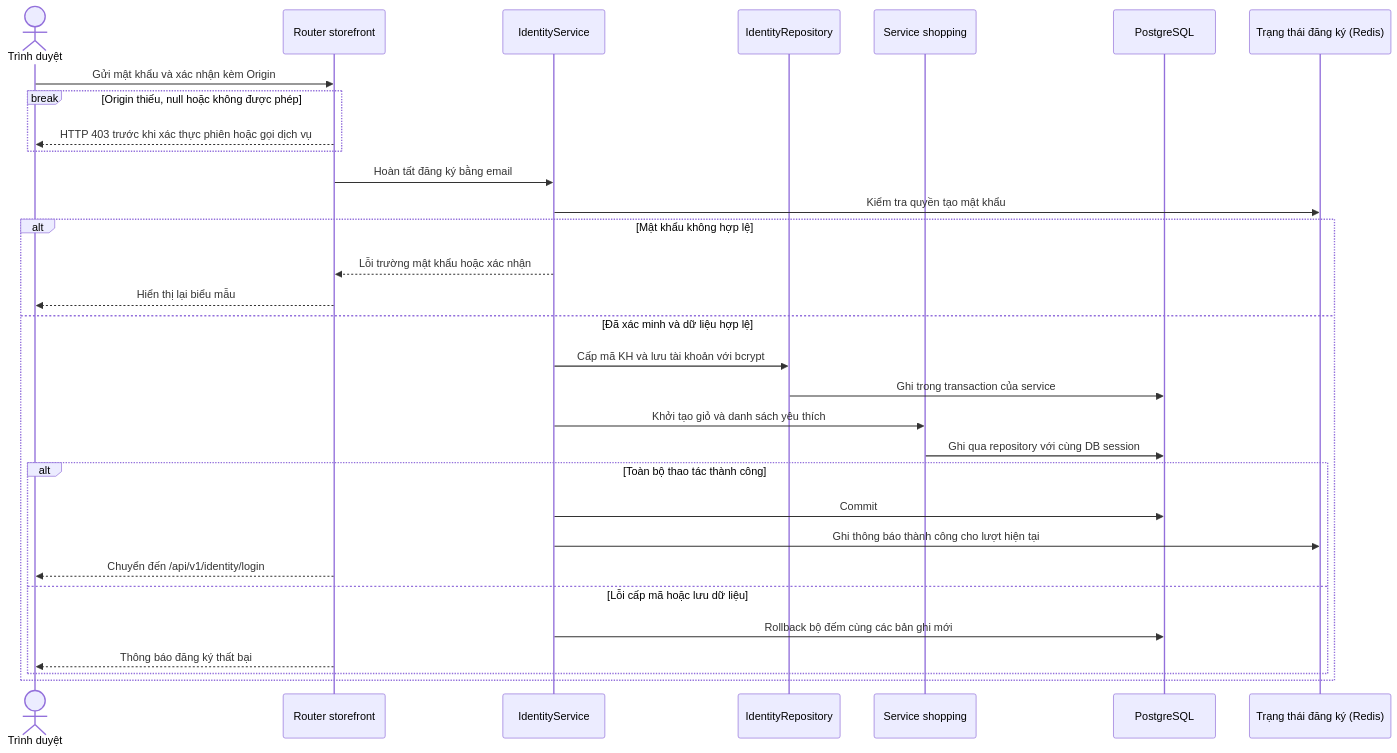
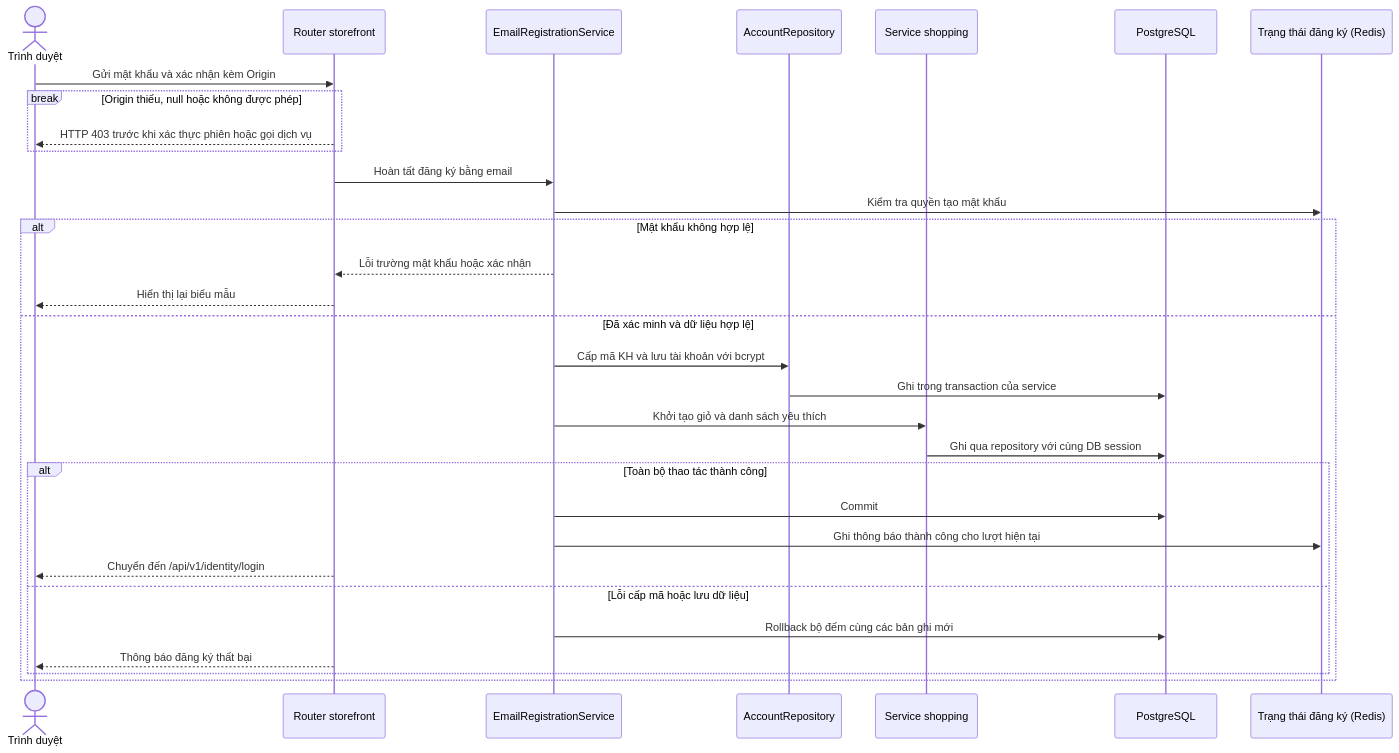
One commit to thanhklt/sobie-swimwear-e-commerce changed the diagram in docs/sequence/identity/post-register-password.md. Above: the diagram before and after it, drawn with Mermaid. The commit also changed 127 other files, not shown here.

````diff
--- a/docs/sequence/identity/post-register-password.md
+++ b/docs/sequence/identity/post-register-password.md
@@ -5,33 +5,33 @@
 ```mermaid
 sequenceDiagram
     actor Browser as Trình duyệt
     participant Route as Router storefront
-    participant Service as IdentityService
-    participant Repo as IdentityRepository
+    participant Service as EmailRegistrationService
+    participant Repo as AccountRepository
     participant Shopping as Service shopping
     participant DB as PostgreSQL
     participant Redis as Trạng thái đăng ký (Redis)
     Browser->>Route: Gửi mật khẩu và xác nhận kèm Origin
     break Origin thiếu, null hoặc không được phép
         Route-->>Browser: HTTP 403 trước khi xác thực phiên hoặc gọi dịch vụ
     end
     Route->>Service: Hoàn tất đăng ký bằng email
     Service->>Redis: Kiểm tra quyền tạo mật khẩu
     alt Mật khẩu không hợp lệ
         Service-->>Route: Lỗi trường mật khẩu hoặc xác nhận
         Route-->>Browser: Hiển thị lại biểu mẫu
     else Đã xác minh và dữ liệu hợp lệ
         Service->>Repo: Cấp mã KH và lưu tài khoản với bcrypt
         Repo->>DB: Ghi trong transaction của service
         Service->>Shopping: Khởi tạo giỏ và danh sách yêu thích
         Shopping->>DB: Ghi qua repository với cùng DB session
         alt Toàn bộ thao tác thành công
             Service->>DB: Commit
             Service->>Redis: Ghi thông báo thành công cho lượt hiện tại
             Route-->>Browser: Chuyển đến /api/v1/identity/login
         else Lỗi cấp mã hoặc lưu dữ liệu
             Service->>DB: Rollback bộ đếm cùng các bản ghi mới
             Route-->>Browser: Thông báo đăng ký thất bại
         end
     end
 ```
````
